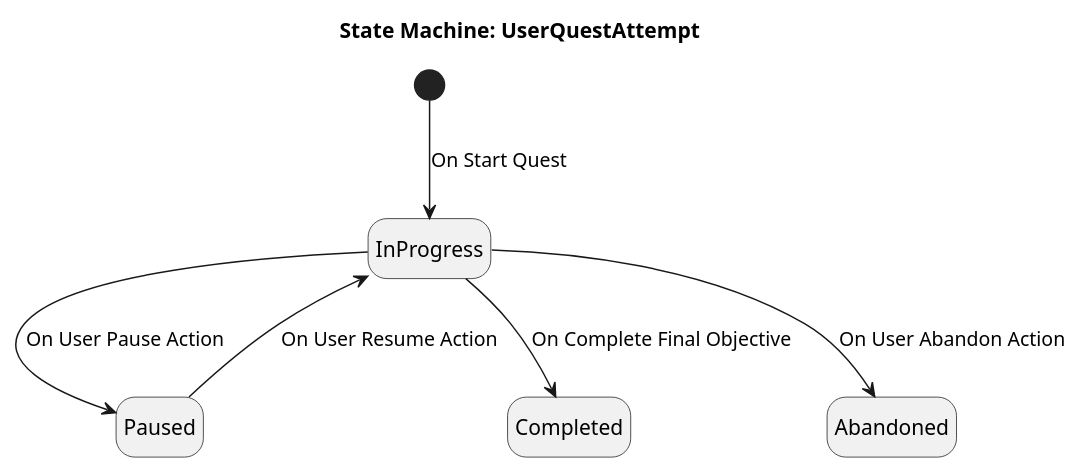
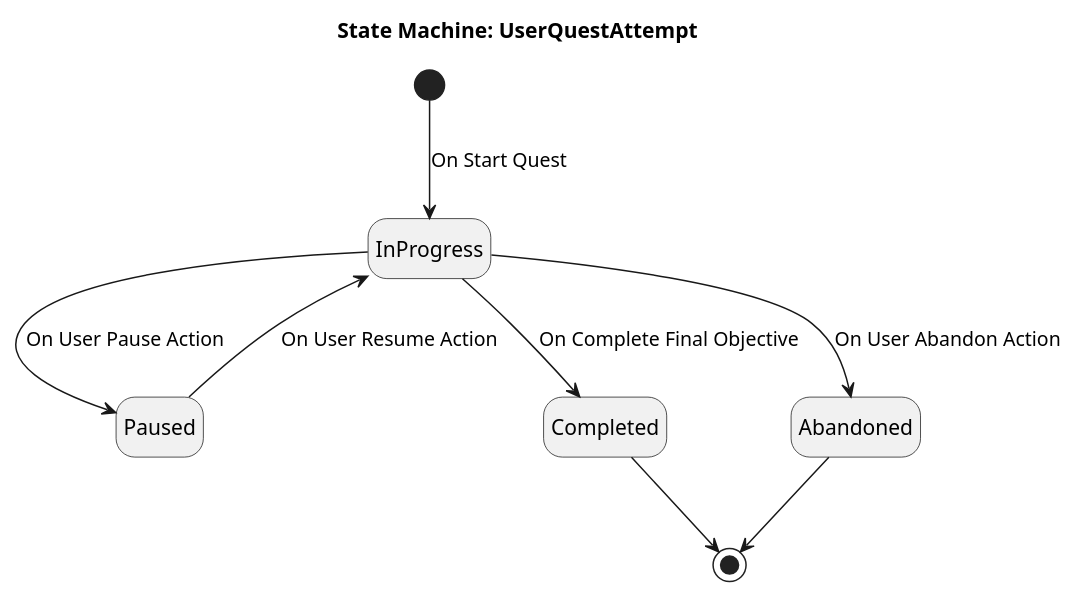
One commit to FA25SE050-RogueLearn/RogueLearn.BMAD.Documentation changed the diagram in docs/srs/diagrams/state-machines/quest-services/user-quest-attempt-state-machine.puml. Above: the diagram before and after it, drawn with PlantUML. The commit also changed 8 other files, not shown here.

Commit message:
update diagrams

```diff
--- a/docs/srs/diagrams/state-machines/quest-services/user-quest-attempt-state-machine.puml
+++ b/docs/srs/diagrams/state-machines/quest-services/user-quest-attempt-state-machine.puml
@@ -2,25 +2,21 @@
 @startuml
-
 title "State Machine: UserQuestAttempt"
 hide empty description
 
 [*] --> InProgress : On Start Quest
 
 state InProgress
-
-
 state Paused
-
-
 state Completed
-
-
 state Abandoned
 
 InProgress --> Paused : On User Pause Action
 InProgress --> Completed : On Complete Final Objective
 InProgress --> Abandoned : On User Abandon Action
 
 Paused --> InProgress : On User Resume Action
 
+Completed --> [*]
+Abandoned --> [*]
+
 @enduml
```
